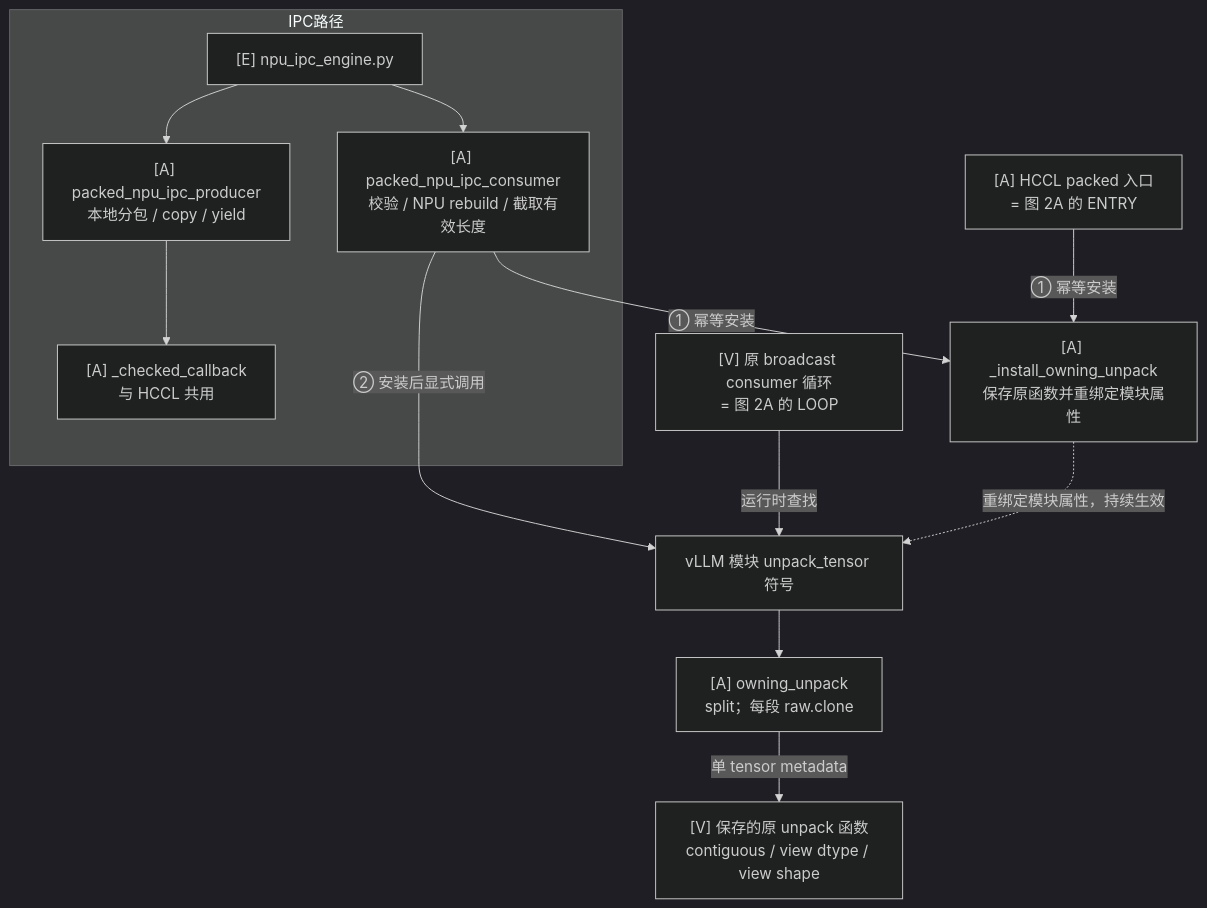
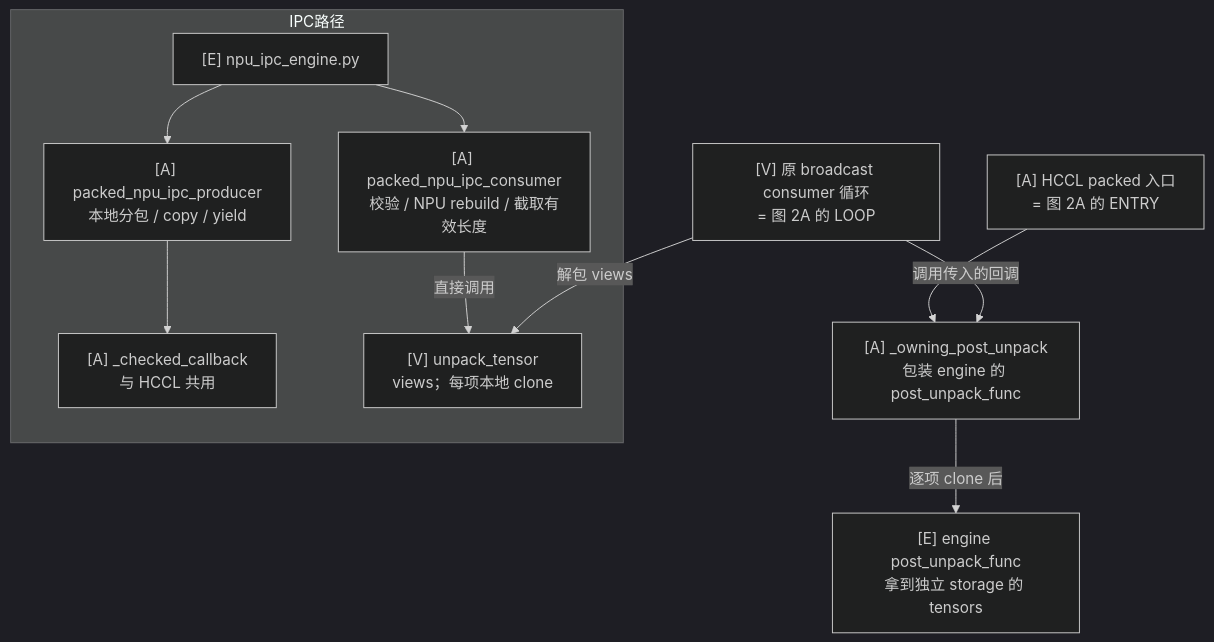
One commit to Liccol/ref-doc changed the third of 9 diagrams in vllm/weight-transfer/packed-tensor-design.md. Above: the diagram before and after it, drawn with Mermaid (dark theme). The commit also changed other lines of this file and 3 other files, not shown here.

First line of the commit message:
docs: redesign owning storage via post-unpack wrapper v1.0.7

````diff
--- a/vllm/weight-transfer/packed-tensor-design.md
+++ b/vllm/weight-transfer/packed-tensor-design.md
@@ -150,15 +150,13 @@
 ```mermaid
 flowchart TD
     subgraph IPC路径
         IE["[E] npu_ipc_engine.py"] --> IP["[A] packed_npu_ipc_producer<br/>本地分包 / copy / yield"]
         IP --> CHECK["[A] _checked_callback<br/>与 HCCL 共用"]
         IE --> IC["[A] packed_npu_ipc_consumer<br/>校验 / NPU rebuild / 截取有效长度"]
+        IC -->|直接调用| ORIG["[V] unpack_tensor<br/>views；每项本地 clone"]
     end
-    HE["[A] HCCL packed 入口<br/>= 图 2A 的 ENTRY"] -->|"① 幂等安装"| HOOK["[A] _install_owning_unpack<br/>保存原函数并重绑定模块属性"]
-    IC -->|"① 幂等安装"| HOOK
-    HOOK -.->|"重绑定模块属性，持续生效"| SYMBOL["vLLM 模块 unpack_tensor 符号"]
-    LOOP["[V] 原 broadcast consumer 循环<br/>= 图 2A 的 LOOP"] -->|"运行时查找"| SYMBOL
-    IC -->|"② 安装后显式调用"| SYMBOL
-    SYMBOL --> OWN["[A] owning_unpack<br/>split；每段 raw.clone"]
-    OWN -->|单 tensor metadata| ORIG["[V] 保存的原 unpack 函数<br/>contiguous / view dtype / view shape"]
+    HE["[A] HCCL packed 入口<br/>= 图 2A 的 ENTRY"] --> WRAP2["[A] _owning_post_unpack<br/>包装 engine 的 post_unpack_func"]
+    LOOP["[V] 原 broadcast consumer 循环<br/>= 图 2A 的 LOOP"] -->|"解包 views"| ORIG
+    LOOP -->|调用传入的回调| WRAP2
+    WRAP2 -->|逐项 clone 后| ENGINECB["[E] engine post_unpack_func<br/>拿到独立 storage 的 tensors"]
 ```
````
